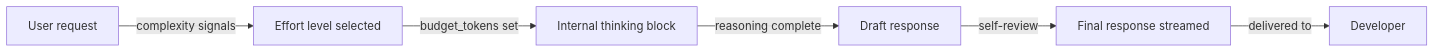
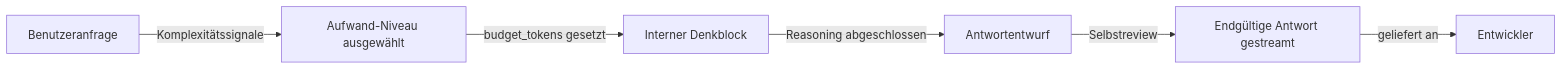
Before and after one commit to EmersonBraun/ai-summary-hub: the diagram in i18n/de/docusaurus-plugin-content-docs/current/claude-code/thinking-modes.md, drawn with Mermaid. The commit also changed other lines of this file and 178 other files, not shown here.

````diff
--- a/i18n/de/docusaurus-plugin-content-docs/current/claude-code/thinking-modes.md
+++ b/i18n/de/docusaurus-plugin-content-docs/current/claude-code/thinking-modes.md
@@ -39,8 +41,8 @@
 ```mermaid
 flowchart LR
-  Request[User request] -->|complexity signals| Effort[Effort level selected]
-  Effort -->|budget_tokens set| Think[Internal thinking block]
-  Think -->|reasoning complete| Draft[Draft response]
-  Draft -->|self-review| Final[Final response streamed]
-  Final -->|delivered to| User[Developer]
+  Request[Benutzeranfrage] -->|Komplexitätssignale| Effort[Aufwand-Niveau ausgewählt]
+  Effort -->|budget_tokens gesetzt| Think[Interner Denkblock]
+  Think -->|Reasoning abgeschlossen| Draft[Antwortentwurf]
+  Draft -->|Selbstreview| Final[Endgültige Antwort gestreamt]
+  Final -->|geliefert an| User[Entwickler]
 ```
````
